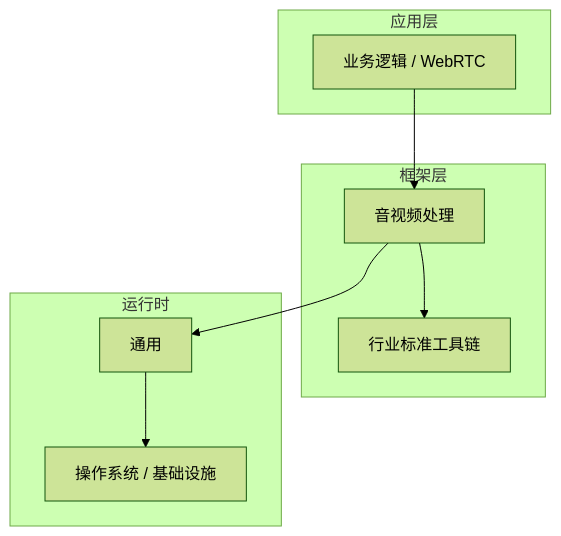
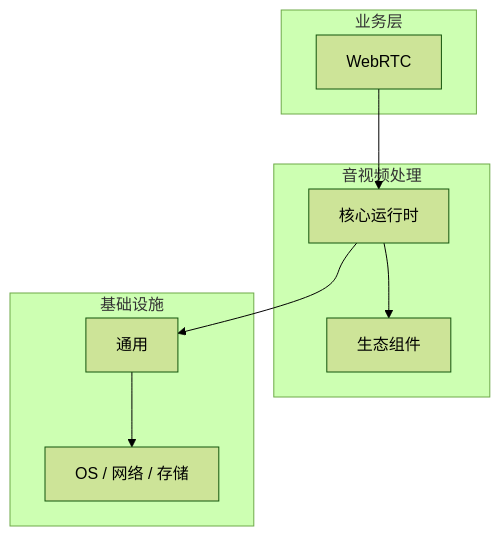
The diagram in articles/音视频处理/chapters/056-WebRTC核心概念与原理.md (yanggan2015/knowledge-json-v2), drawn with Mermaid (forest theme) before and after one commit. The commit also changed other lines of this file and 10127 other files, not shown here.

````diff
--- a/articles/音视频处理/chapters/056-WebRTC核心概念与原理.md
+++ b/articles/音视频处理/chapters/056-WebRTC核心概念与原理.md
@@ -45,18 +30,18 @@
 ```mermaid
 graph TB
-    subgraph 应用层
-        A[业务逻辑 / WebRTC]
+    subgraph 业务层
+        A[WebRTC]
     end
-    subgraph 框架层
-        B[音视频处理]
-        C[行业标准工具链]
+    subgraph 音视频处理
+        B[核心运行时]
+        C[生态组件]
     end
-    subgraph 运行时
+    subgraph 基础设施
         D[通用]
-        E[操作系统 / 基础设施]
+        E[OS / 网络 / 存储]
     end
     A --> B
     B --> C
     B --> D
     D --> E
 ```
````
